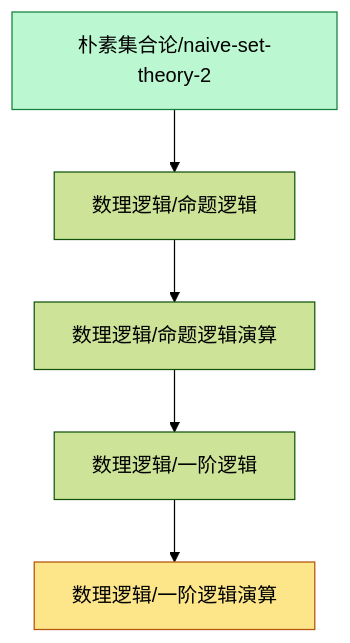
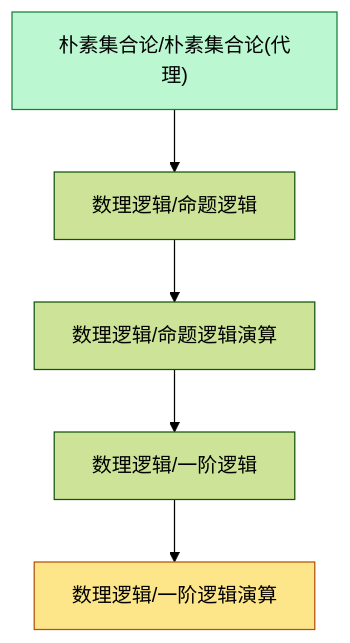
Before and after one commit to zeroDtree/zeroDtree.github.io: the diagram in content/数理逻辑/dependency_graph.md, drawn with Mermaid (forest theme). The commit also changed 17 other files, not shown here.

Commit message:
Refactor dependency graphs and update prerequisite links across mathematical documents. Introduced new content on counting principles and naive set theory, while enhancing clarity in logical dependencies and ensuring consistent terminology throughout the mathematical framework.

````diff
--- a/content/数理逻辑/dependency_graph.md
+++ b/content/数理逻辑/dependency_graph.md
@@ -1,11 +1,11 @@
 ```mermaid
 graph TD
 1["数理逻辑/一阶逻辑"] --> 0["数理逻辑/一阶逻辑演算"]
 2["数理逻辑/命题逻辑演算"] --> 1["数理逻辑/一阶逻辑"]
 3["数理逻辑/命题逻辑"] --> 2["数理逻辑/命题逻辑演算"]
-4["朴素集合论/naive-set-theory-2"] --> 3["数理逻辑/命题逻辑"]
+4["朴素集合论/朴素集合论(代理)"] --> 3["数理逻辑/命题逻辑"]
 classDef leaf fill:#fde68a,stroke:#b45309
 class 0 leaf
 classDef foundationRoot fill:#bbf7d0,stroke:#15803d
 class 4 foundationRoot
 ```
````
